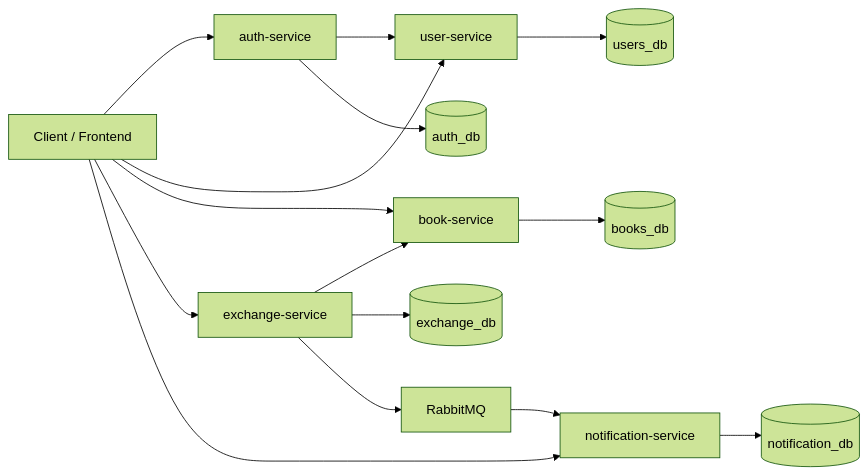
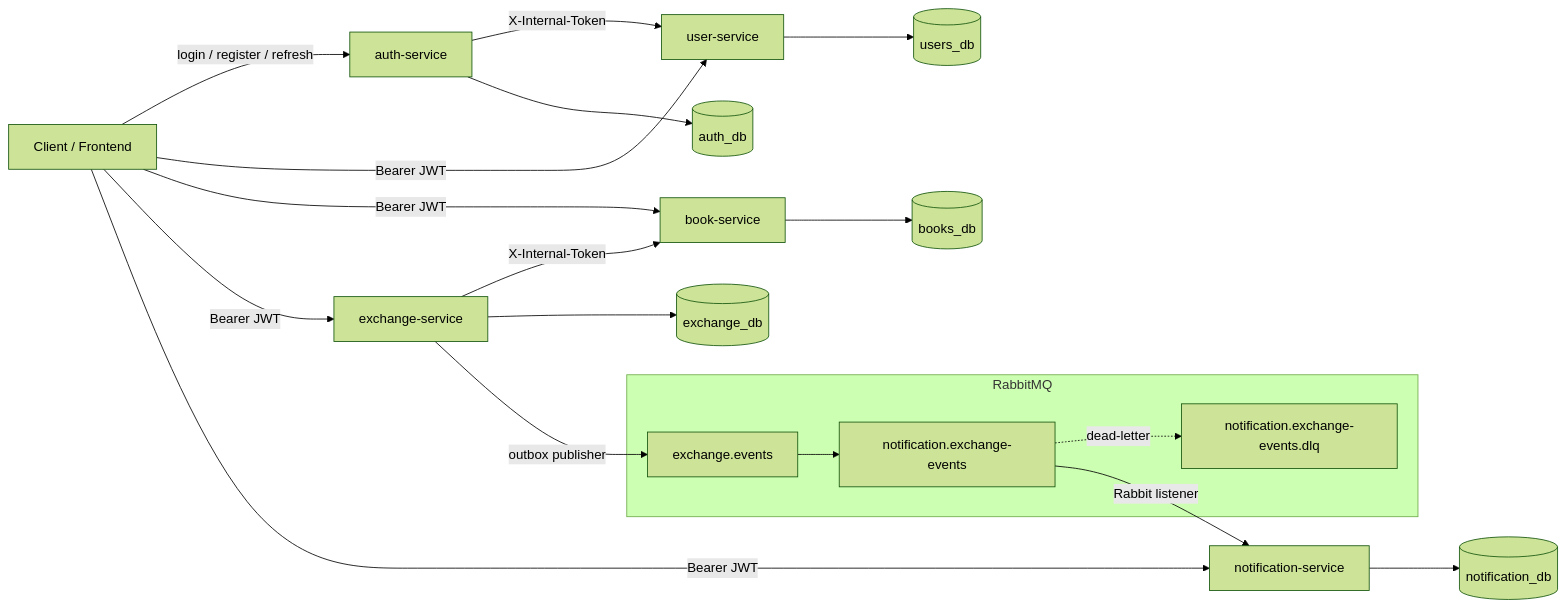
The first of 3 diagrams in README.md (MikhailTereshchenk0/second-shelf), drawn with Mermaid (forest theme) before and after one commit. The commit also changed other lines of this file and 1 other file, not shown here.

````diff
--- a/README.md
+++ b/README.md
@@ -68,35 +173,42 @@
 ```mermaid
 flowchart LR
     Client["Client / Frontend"]
 
     Auth["auth-service"]
     User["user-service"]
     Book["book-service"]
     Exchange["exchange-service"]
     Notification["notification-service"]
-    Rabbit["RabbitMQ"]
 
     AuthDb[("auth_db")]
     UserDb[("users_db")]
     BookDb[("books_db")]
     ExchangeDb[("exchange_db")]
     NotificationDb[("notification_db")]
 
-    Client --> Auth
-    Client --> User
-    Client --> Book
-    Client --> Exchange
-    Client --> Notification
+    subgraph Rabbit["RabbitMQ"]
+        Events["exchange.events"]
+        Queue["notification.exchange-events"]
+        DLQ["notification.exchange-events.dlq"]
+        Events --> Queue
+        Queue -. dead-letter .-> DLQ
+    end
 
-    Auth --> User
-    Exchange --> Book
+    Client -->|"login / register / refresh"| Auth
+    Client -->|"Bearer JWT"| User
+    Client -->|"Bearer JWT"| Book
+    Client -->|"Bearer JWT"| Exchange
+    Client -->|"Bearer JWT"| Notification
+
+    Auth -->|"X-Internal-Token"| User
+    Exchange -->|"X-Internal-Token"| Book
 
     Auth --> AuthDb
     User --> UserDb
     Book --> BookDb
     Exchange --> ExchangeDb
     Notification --> NotificationDb
 
-    Exchange --> Rabbit
-    Rabbit --> Notification
+    Exchange -->|"outbox publisher"| Events
+    Queue -->|"Rabbit listener"| Notification
 ```
````
